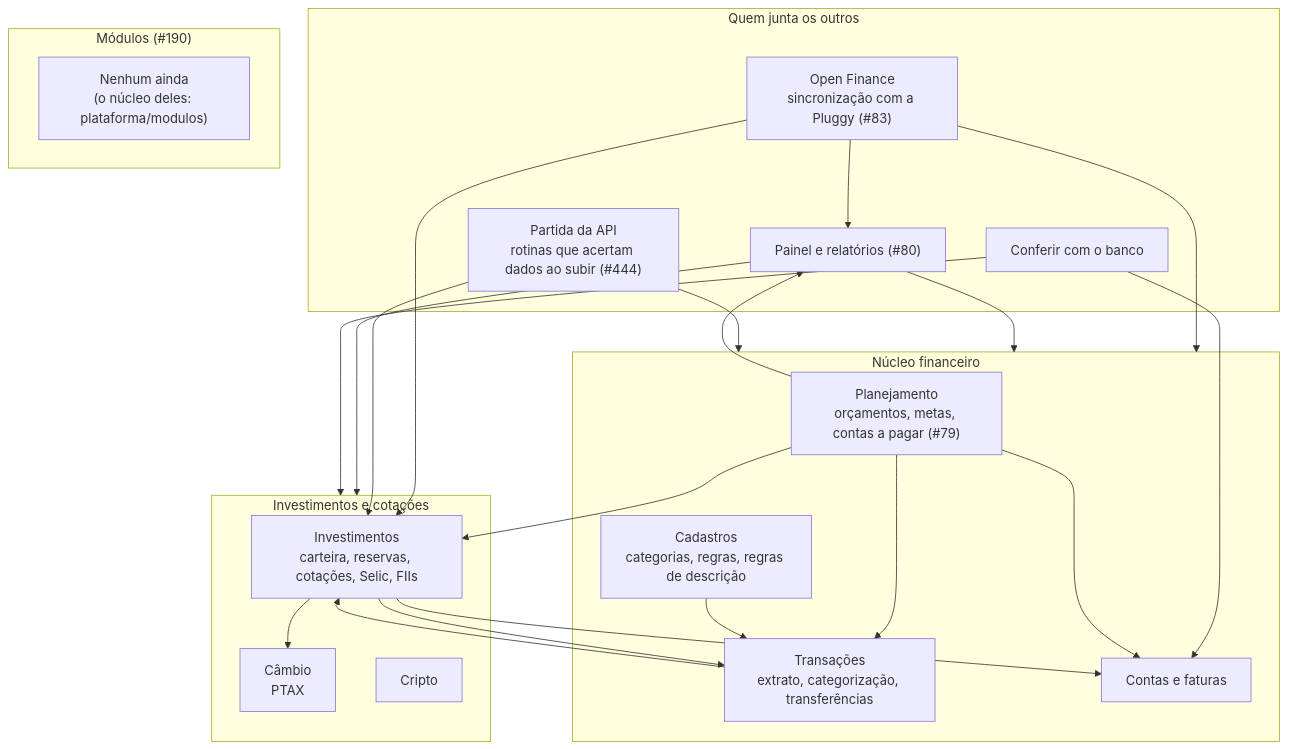
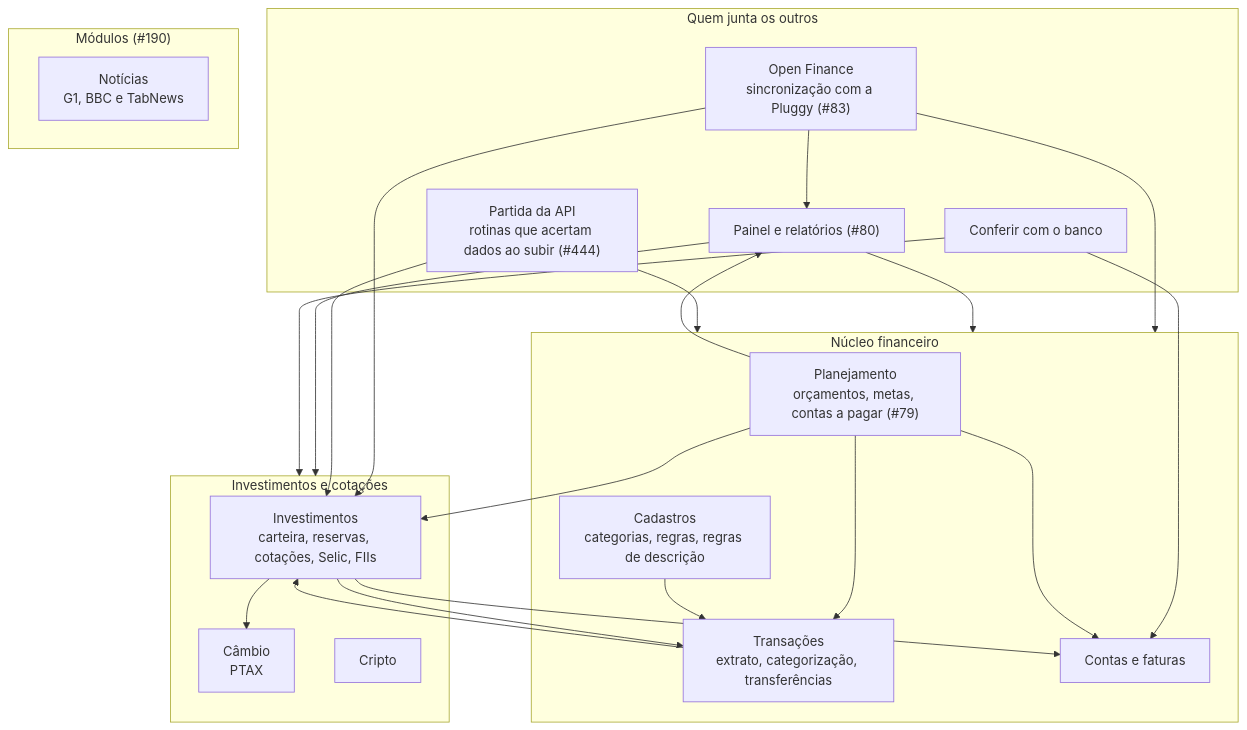
The third of 6 diagrams in docs/ARQUITETURA.md (LucasDesenvGit/financas-local), drawn with Mermaid before and after one commit. The commit also changed other lines of this file and 40 other files, not shown here.

First line of the commit message:
feat(banco)!: módulo Notícias com G1, BBC News Brasil e TabNews (#10)

````diff
--- a/docs/ARQUITETURA.md
+++ b/docs/ARQUITETURA.md
@@ -86,46 +90,46 @@
 ```mermaid
 flowchart TB
     subgraph juntam["Quem junta os outros"]
         openfinance["Open Finance<br/>sincronização com a Pluggy (#83)"]
         painel["Painel e relatórios (#80)"]
         conferencia["Conferir com o banco"]
         partida["Partida da API<br/>rotinas que acertam dados ao subir (#444)"]
     end
 
     subgraph nucleo["Núcleo financeiro"]
         planejamento["Planejamento<br/>orçamentos, metas, contas a pagar (#79)"]
         cadastros["Cadastros<br/>categorias, regras, regras de descrição"]
         transacoes["Transações<br/>extrato, categorização, transferências"]
         contas["Contas e faturas"]
     end
 
     subgraph cotacoes["Investimentos e cotações"]
         investimentos["Investimentos<br/>carteira, reservas, cotações, Selic, FIIs"]
         cambio["Câmbio<br/>PTAX"]
         cripto["Cripto"]
     end
 
     subgraph modulos["Módulos (#190)"]
-        nenhum["Nenhum ainda<br/>(o núcleo deles: plataforma/modulos)"]
+        noticiasmod["Notícias<br/>G1, BBC e TabNews"]
     end
 
     openfinance --> nucleo
     openfinance --> investimentos
     openfinance --> painel
     painel --> nucleo
     painel --> cotacoes
     conferencia --> contas
     conferencia --> cotacoes
     partida --> nucleo
     partida --> investimentos
     planejamento --> transacoes
     planejamento --> contas
     planejamento --> investimentos
     planejamento --> painel
     cadastros --> transacoes
     transacoes --> investimentos
     investimentos --> transacoes
     investimentos --> contas
     investimentos --> cambio
 
 ```
````
